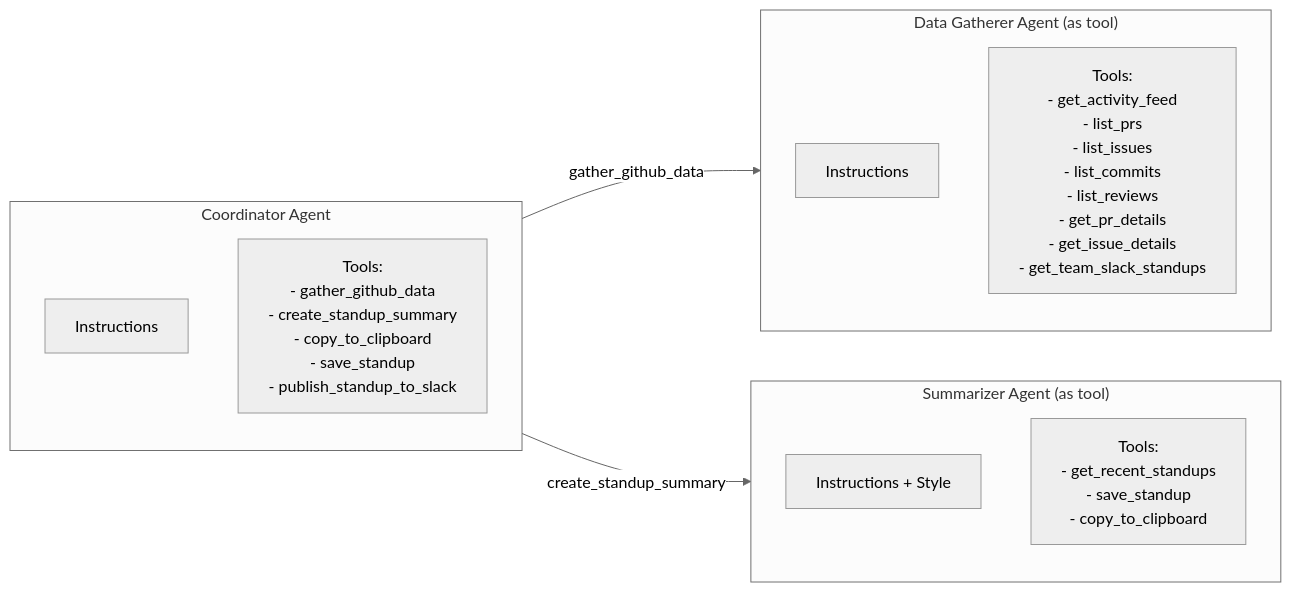
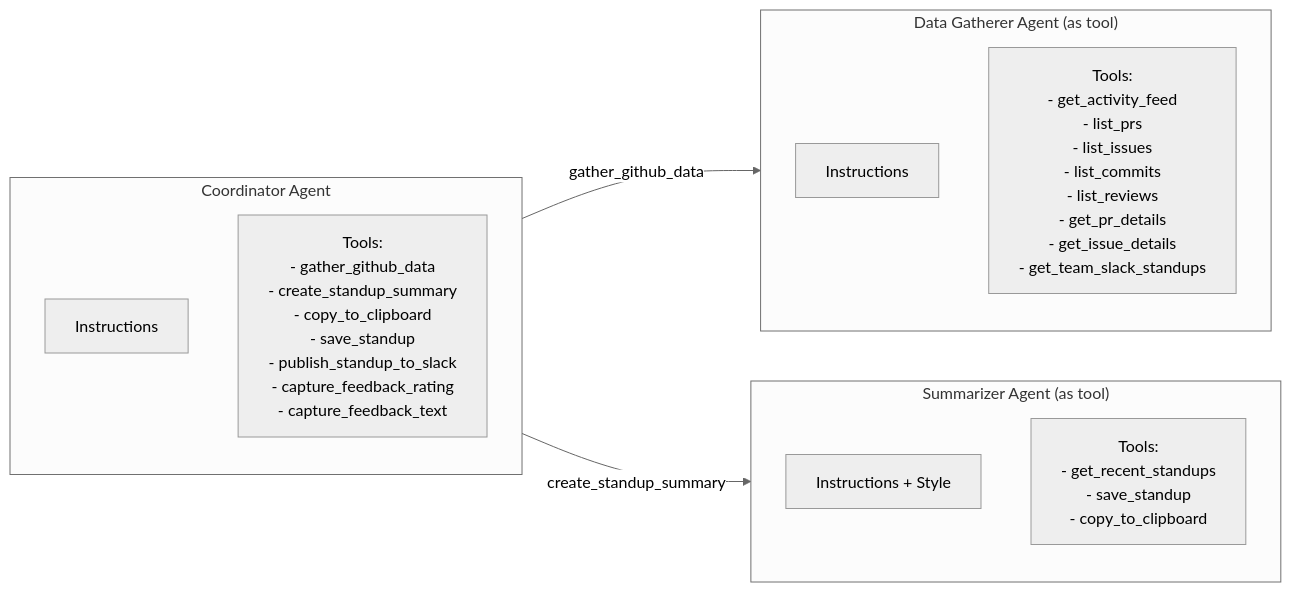
Before and after one commit to andrewm4894/github-standup-agent: the second of 8 diagrams in ARCHITECTURE.md, drawn with Mermaid (neutral theme). The commit also changed other lines of this file and 1 other file, not shown here.

Commit message:
docs: add feedback tools documentation

````diff
--- a/ARCHITECTURE.md
+++ b/ARCHITECTURE.md
@@ -80,23 +80,23 @@
 ```mermaid
 flowchart LR
     subgraph Coordinator["Coordinator Agent"]
         direction TB
         c_inst["Instructions"]
-        c_tools["Tools:<br/>- gather_github_data<br/>- create_standup_summary<br/>- copy_to_clipboard<br/>- save_standup<br/>- publish_standup_to_slack"]
+        c_tools["Tools:<br/>- gather_github_data<br/>- create_standup_summary<br/>- copy_to_clipboard<br/>- save_standup<br/>- publish_standup_to_slack<br/>- capture_feedback_rating<br/>- capture_feedback_text"]
     end
 
     subgraph DataGatherer["Data Gatherer Agent (as tool)"]
         direction TB
         dg_inst["Instructions"]
         dg_tools["Tools:<br/>- get_activity_feed<br/>- list_prs<br/>- list_issues<br/>- list_commits<br/>- list_reviews<br/>- get_pr_details<br/>- get_issue_details<br/>- get_team_slack_standups"]
     end
 
     subgraph Summarizer["Summarizer Agent (as tool)"]
         direction TB
         s_inst["Instructions + Style"]
         s_tools["Tools:<br/>- get_recent_standups<br/>- save_standup<br/>- copy_to_clipboard"]
     end
 
     Coordinator -->|"gather_github_data"| DataGatherer
     Coordinator -->|"create_standup_summary"| Summarizer
 ```
````
